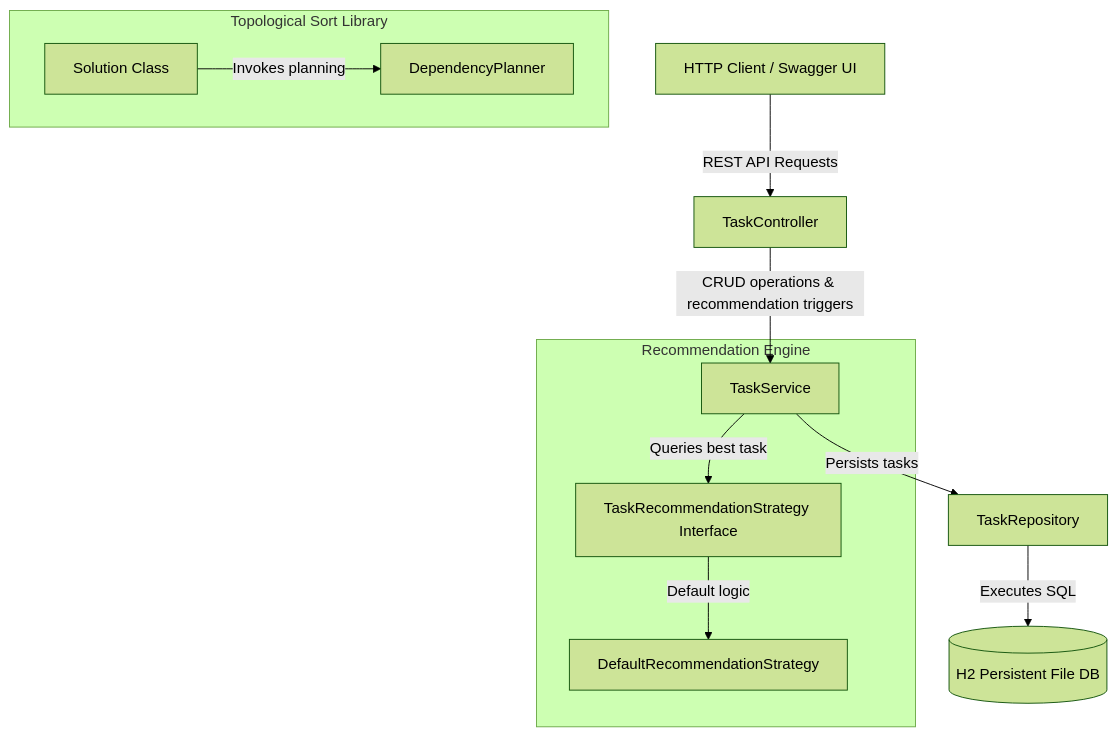
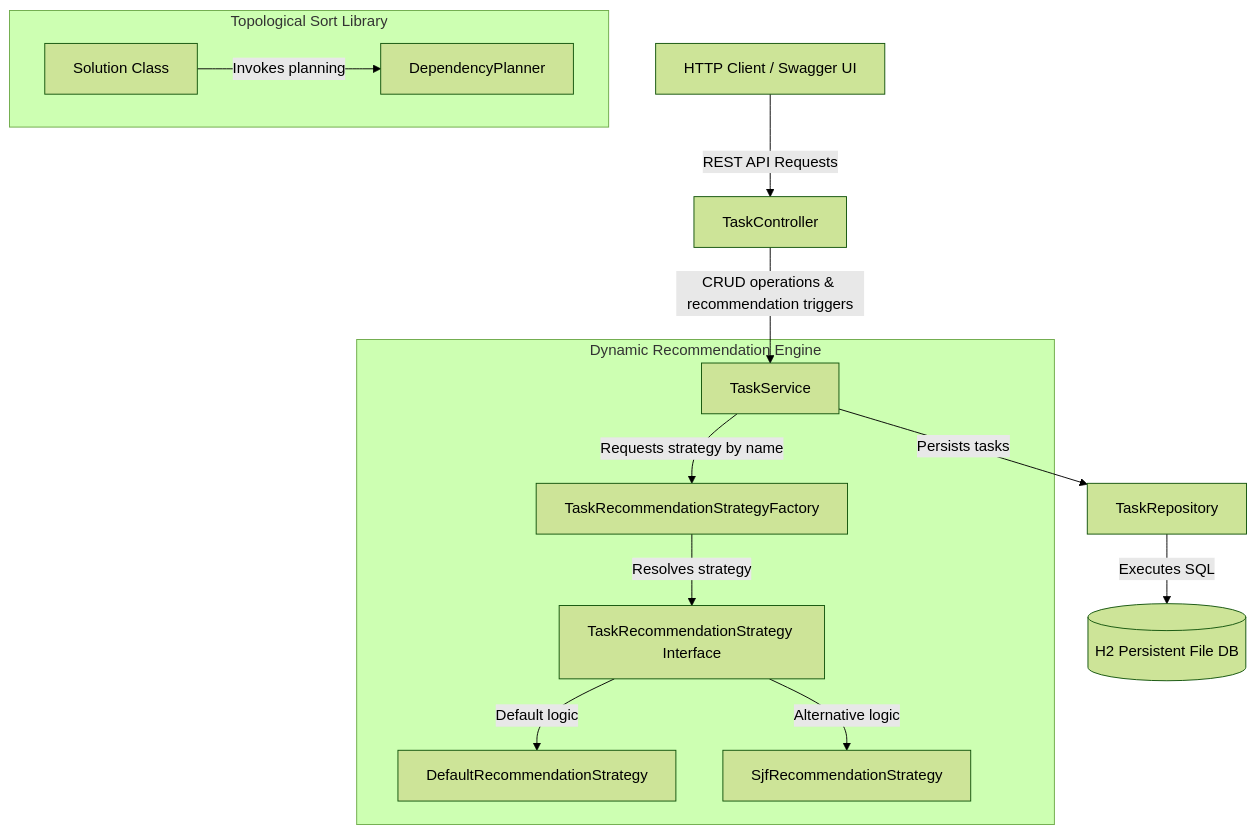
The first of 2 diagrams in README.md (Medhansh223/overt-ideas-assessment), drawn with Mermaid (forest theme) before and after one commit. The commit also changed other lines of this file, not shown here.

Commit message:
Docs: Update LLD/HLD factory diagrams, API endpoints spec, and Part B complexity analyses

````diff
--- a/README.md
+++ b/README.md
@@ -13,16 +13,18 @@
 ```mermaid
 graph TD
     Client[HTTP Client / Swagger UI] -->|REST API Requests| TaskController[TaskController]
     TaskController -->|CRUD operations & recommendation triggers| TaskService[TaskService]
     TaskService -->|Persists tasks| TaskRepository[TaskRepository]
     TaskRepository -->|Executes SQL| DB[(H2 Persistent File DB)]
     
-    subgraph Recommendation Engine
-        TaskService -->|Queries best task| TaskRecommendationStrategy[TaskRecommendationStrategy Interface]
+    subgraph Dynamic Recommendation Engine
+        TaskService -->|Requests strategy by name| StrategyFactory[TaskRecommendationStrategyFactory]
+        StrategyFactory -->|Resolves strategy| TaskRecommendationStrategy[TaskRecommendationStrategy Interface]
         TaskRecommendationStrategy -->|Default logic| DefaultStrategy[DefaultRecommendationStrategy]
+        TaskRecommendationStrategy -->|Alternative logic| AlternativeStrategy[SjfRecommendationStrategy]
     end
 
     subgraph Topological Sort Library
         Solution[Solution Class] -->|Invokes planning| DependencyPlanner[DependencyPlanner]
     end
 ```
````
